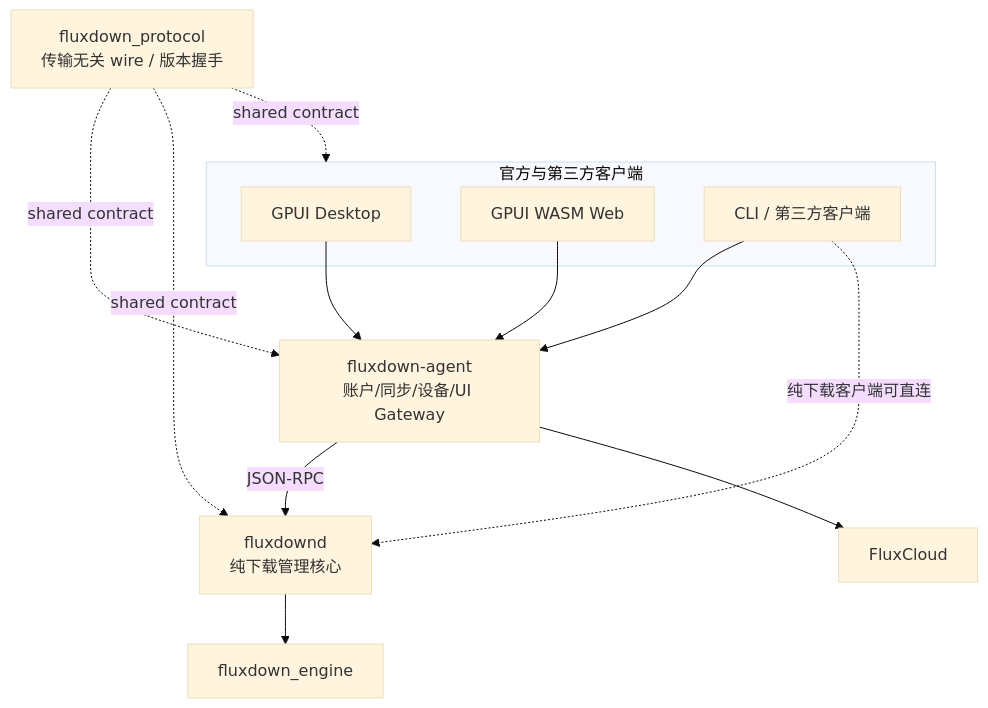
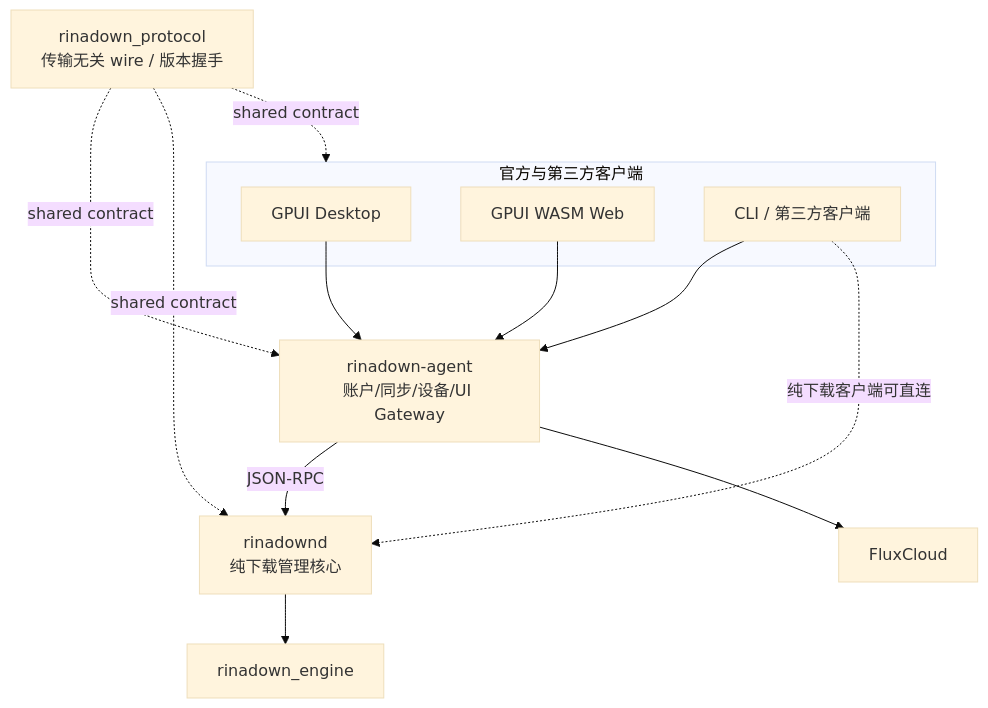
One commit to shengengfun/RinaDown changed the second of 2 diagrams in .omp/knowledge/README.md. Above: the diagram before and after it, drawn with Mermaid (base theme). The commit also changed other lines of this file and 738 other files, not shown here.

````diff
--- a/.omp/knowledge/README.md
+++ b/.omp/knowledge/README.md
@@ -73,23 +73,23 @@
 ```mermaid
 flowchart TB
   subgraph ui[官方与第三方客户端]
     gpui[GPUI Desktop]
     wasm[GPUI WASM Web]
     third[CLI / 第三方客户端]
   end
-  agent[fluxdown-agent<br/>账户/同步/设备/UI Gateway]
-  daemon[fluxdownd<br/>纯下载管理核心]
-  protocol[fluxdown_protocol<br/>传输无关 wire / 版本握手]
+  agent[rinadown-agent<br/>账户/同步/设备/UI Gateway]
+  daemon[rinadownd<br/>纯下载管理核心]
+  protocol[rinadown_protocol<br/>传输无关 wire / 版本握手]
   cloud[FluxCloud]
-  engine[fluxdown_engine]
+  engine[rinadown_engine]
   gpui --> agent
   wasm --> agent
   third --> agent
   third -. 纯下载客户端可直连 .-> daemon
   agent -->|JSON-RPC| daemon
   agent --> cloud
   daemon --> engine
   protocol -. shared contract .-> agent
   protocol -. shared contract .-> daemon
   protocol -. shared contract .-> ui
 ```
````
